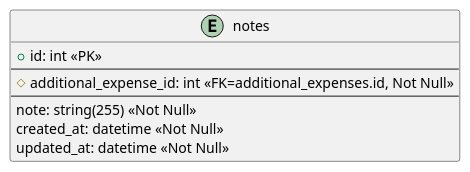
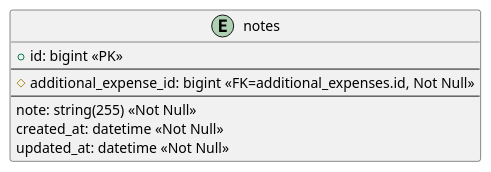
Before and after one commit to ZoveRKI/BookKeeping: the diagram in Plantuml/tables/notes.puml, drawn with PlantUML. The commit also changed 7 other files, not shown here.

```diff
--- a/Plantuml/tables/notes.puml
+++ b/Plantuml/tables/notes.puml
@@ -1,13 +1,13 @@
 @startuml notes
 
 entity "notes" as notes {
-    + id: int <<PK>>
+    + id: bigint <<PK>>
     --
-    # additional_expense_id: int <<FK=additional_expenses.id, Not Null>>
+    # additional_expense_id: bigint <<FK=additional_expenses.id, Not Null>>
     --
     note: string(255) <<Not Null>>
     created_at: datetime <<Not Null>>
     updated_at: datetime <<Not Null>>
 }
 
 @enduml
```
